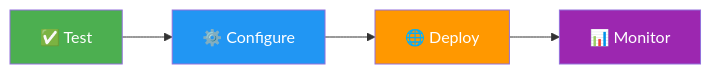
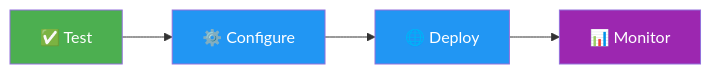
The first of 2 diagrams in docs/en/platform/deploy/index.md (medusa717/AI-ULTRALYTICS), drawn with Mermaid before and after one commit. The commit also changed other lines of this file and 18 other files, not shown here.

Commit message:
Standardize Mermaid diagram colors across docs (#24932)

````diff
--- a/docs/en/platform/deploy/index.md
+++ b/docs/en/platform/deploy/index.md
@@ -46,11 +46,10 @@
 ```mermaid
 graph LR
-    A[✅ Test] --> B[⚙️ Configure]
-    B --> C[🌐 Deploy]
-    C --> D[📊 Monitor]
+    A[✅ Test]:::start --> B[⚙️ Configure]:::proc
+    B --> C[🌐 Deploy]:::proc
+    C --> D[📊 Monitor]:::out
 
-    style A fill:#4CAF50,color:#fff
-    style B fill:#2196F3,color:#fff
-    style C fill:#FF9800,color:#fff
-    style D fill:#9C27B0,color:#fff
+    classDef start fill:#4CAF50,color:#fff
+    classDef proc fill:#2196F3,color:#fff
+    classDef out fill:#9C27B0,color:#fff
 ```
````
